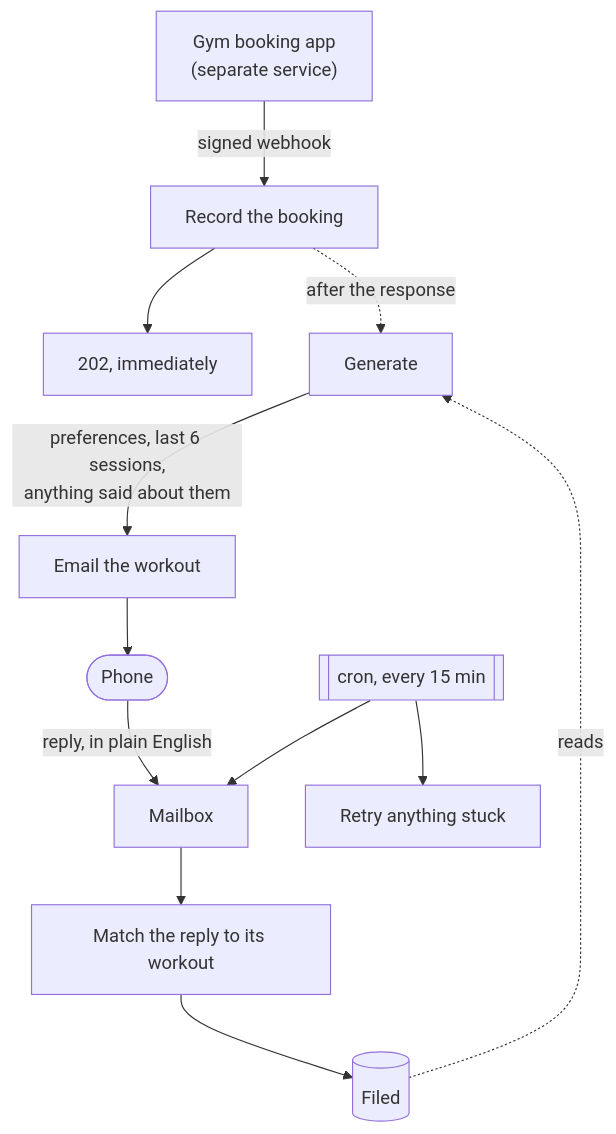
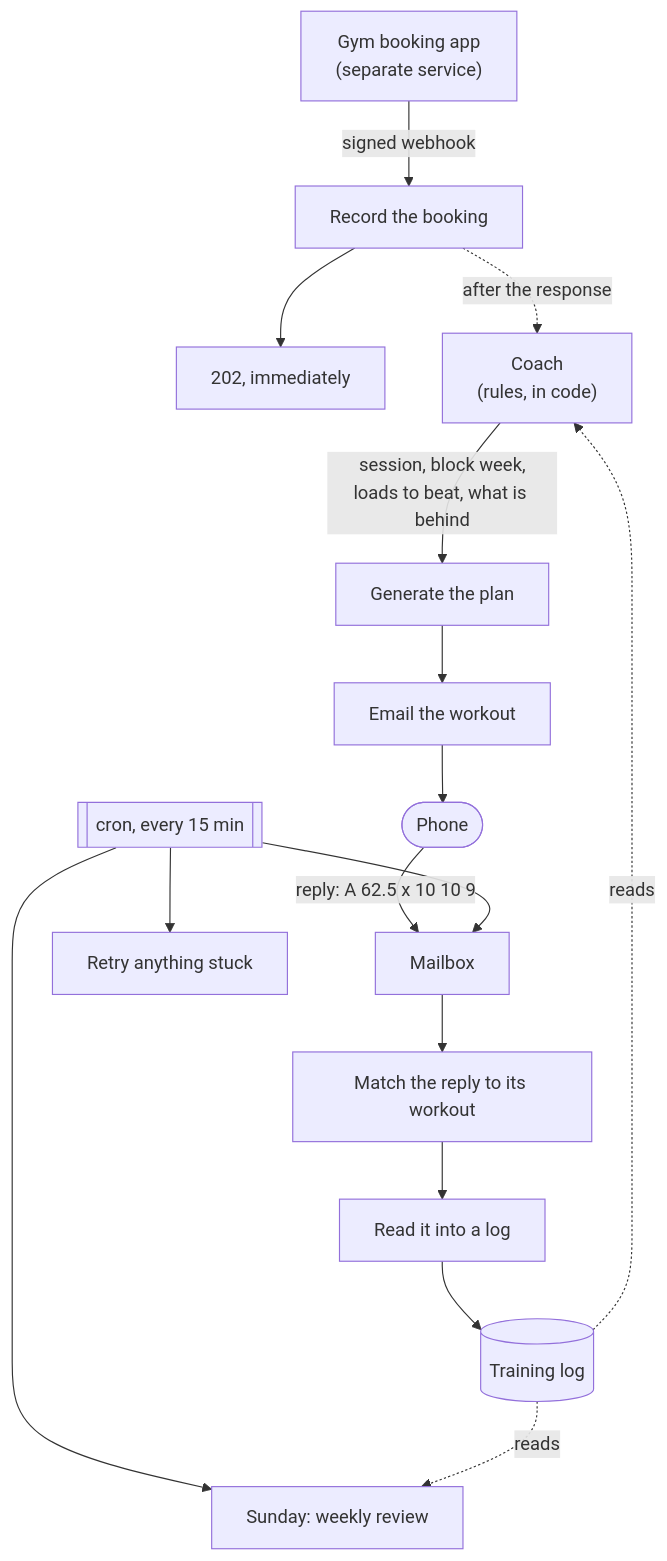
Before and after one commit to 604annabelle-maker/workout-loop: the diagram in README.md, drawn with Mermaid. The commit also changed other lines of this file and 60 other files, not shown here.

First line of the commit message:
Coach in code, plans as data, and replies as a log

````diff
--- a/README.md
+++ b/README.md
@@ -6,14 +6,18 @@
 ```mermaid
 flowchart TD
     A["Gym booking app<br/>(separate service)"] -->|signed webhook| B[Record the booking]
     B --> C[202, immediately]
-    B -.after the response.-> D[Generate]
-    D -->|preferences, last 6 sessions,<br/>anything said about them| E[Email the workout]
-    E --> F([Phone])
-    F -->|reply, in plain English| G[Mailbox]
-    H[["cron, every 15 min"]] --> G
-    H --> I[Retry anything stuck]
-    G --> J[Match the reply to its workout]
-    J --> K[(Filed)]
-    K -.reads.-> D
+    B -.after the response.-> D["Coach<br/>(rules, in code)"]
+    D -->|"session, block week,<br/>loads to beat, what is behind"| E[Generate the plan]
+    E --> F[Email the workout]
+    F --> G([Phone])
+    G -->|"reply: A 62.5 x 10 10 9"| H[Mailbox]
+    I[["cron, every 15 min"]] --> H
+    I --> J[Retry anything stuck]
+    H --> K[Match the reply to its workout]
+    K --> L[Read it into a log]
+    L --> M[(Training log)]
+    M -.reads.-> D
+    I --> N[Sunday: weekly review]
+    M -.reads.-> N
 ```
````
